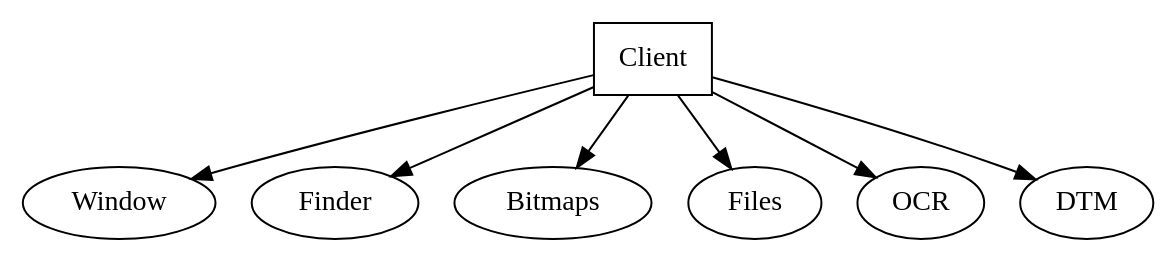
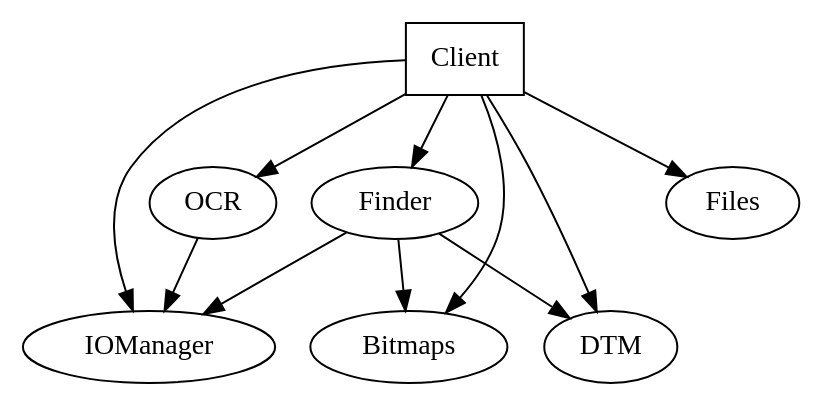
The diagram in Doc/Pics/Client_Classes.dot (Villavu/Simba), drawn with Graphviz before and after one commit. The commit also changed 2 other files, not shown here.

```diff
--- a/Doc/Pics/Client_Classes.dot
+++ b/Doc/Pics/Client_Classes.dot
@@ -1,12 +1,17 @@
 digraph Client {
 
 	Client [shape=box]
 	
-	Client -> Window
+	Client -> IOManager
 	Client -> Finder
 	Client -> Bitmaps
 	Client -> Files
 	Client -> OCR
 	Client -> DTM
 
+    Finder -> IOManager
+    Finder -> Bitmaps
+    Finder -> DTM
+
+    OCR -> IOManager
 }
```
